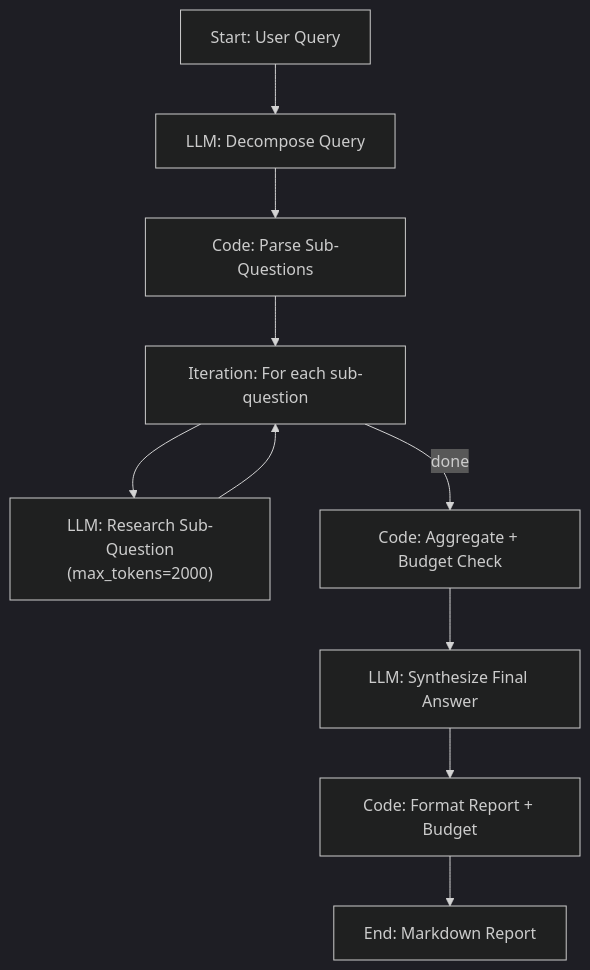
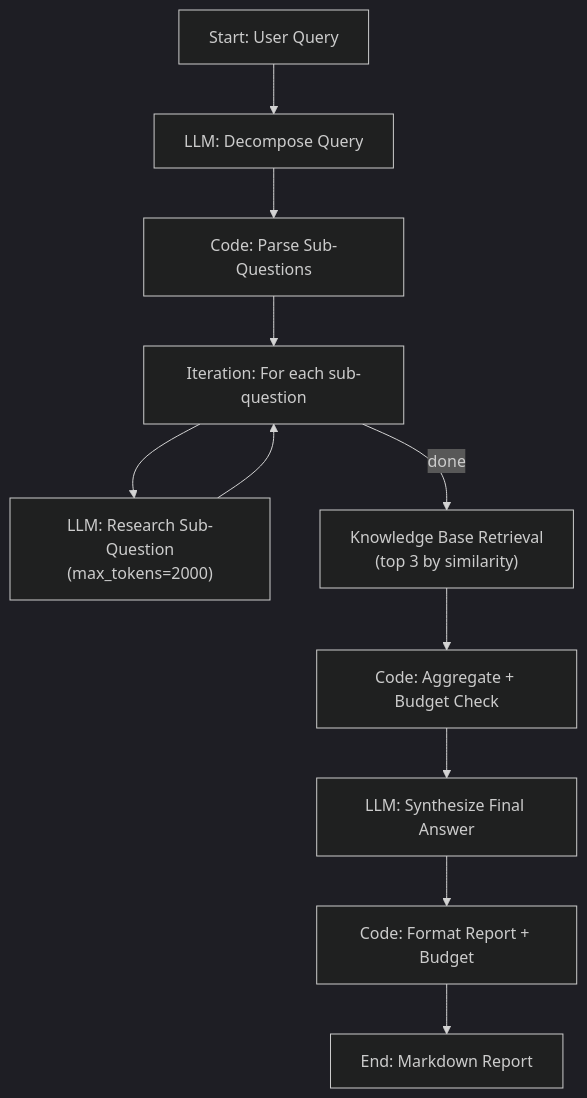
Before and after one commit to mhowai0802/binox-interview: the diagram in README.md, drawn with Mermaid (dark theme). The commit also changed other lines of this file and 7 other files, not shown here.

First line of the commit message:
feat(rag): add Knowledge Base retrieval with vector similarity search

````diff
--- a/README.md
+++ b/README.md
@@ -7,12 +7,13 @@
 ```mermaid
 flowchart TD
     StartNode["Start: User Query"] --> DecomposeNode["LLM: Decompose Query"]
     DecomposeNode --> ParseNode["Code: Parse Sub-Questions"]
     ParseNode --> IteratorNode["Iteration: For each sub-question"]
     IteratorNode --> ResearchNode["LLM: Research Sub-Question<br/>(max_tokens=2000)"]
     ResearchNode --> IteratorNode
-    IteratorNode -->|done| AggregateNode["Code: Aggregate + Budget Check"]
+    IteratorNode -->|done| KBNode["Knowledge Base Retrieval<br/>(top 3 by similarity)"]
+    KBNode --> AggregateNode["Code: Aggregate + Budget Check"]
     AggregateNode --> SynthesizeNode["LLM: Synthesize Final Answer"]
     SynthesizeNode --> FormatNode["Code: Format Report + Budget"]
     FormatNode --> EndNode["End: Markdown Report"]
 ```
````
